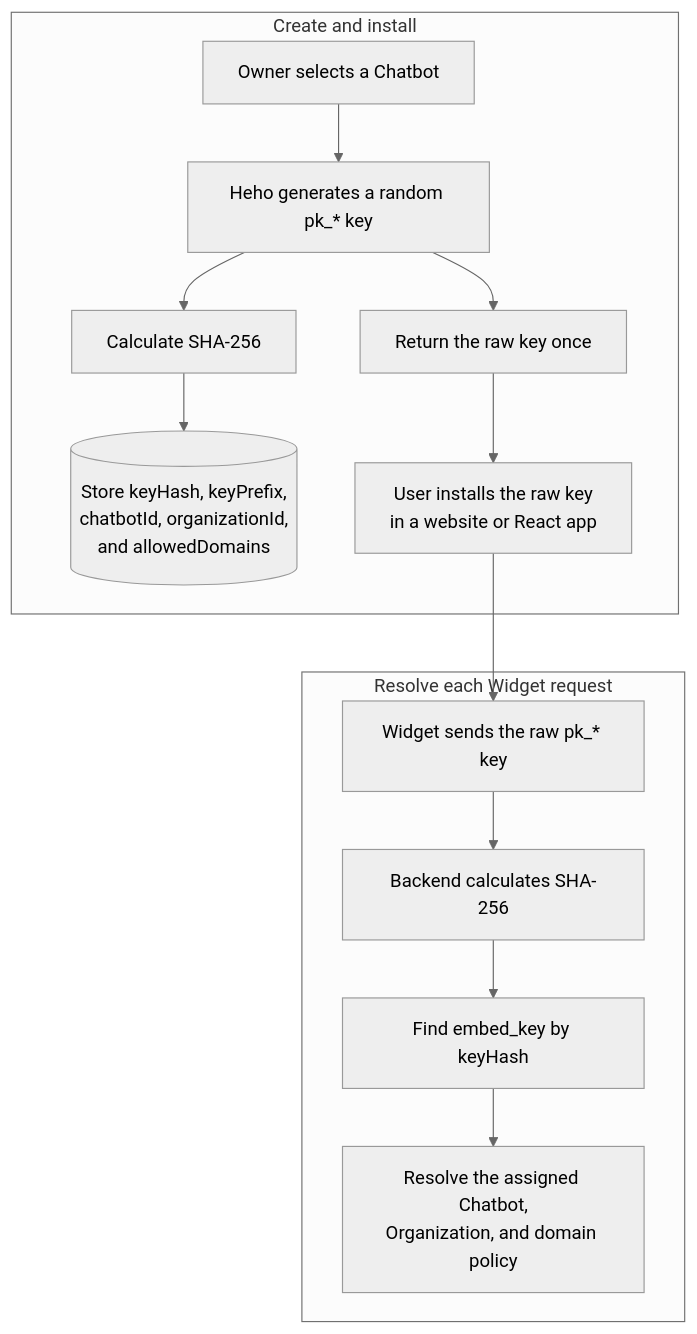
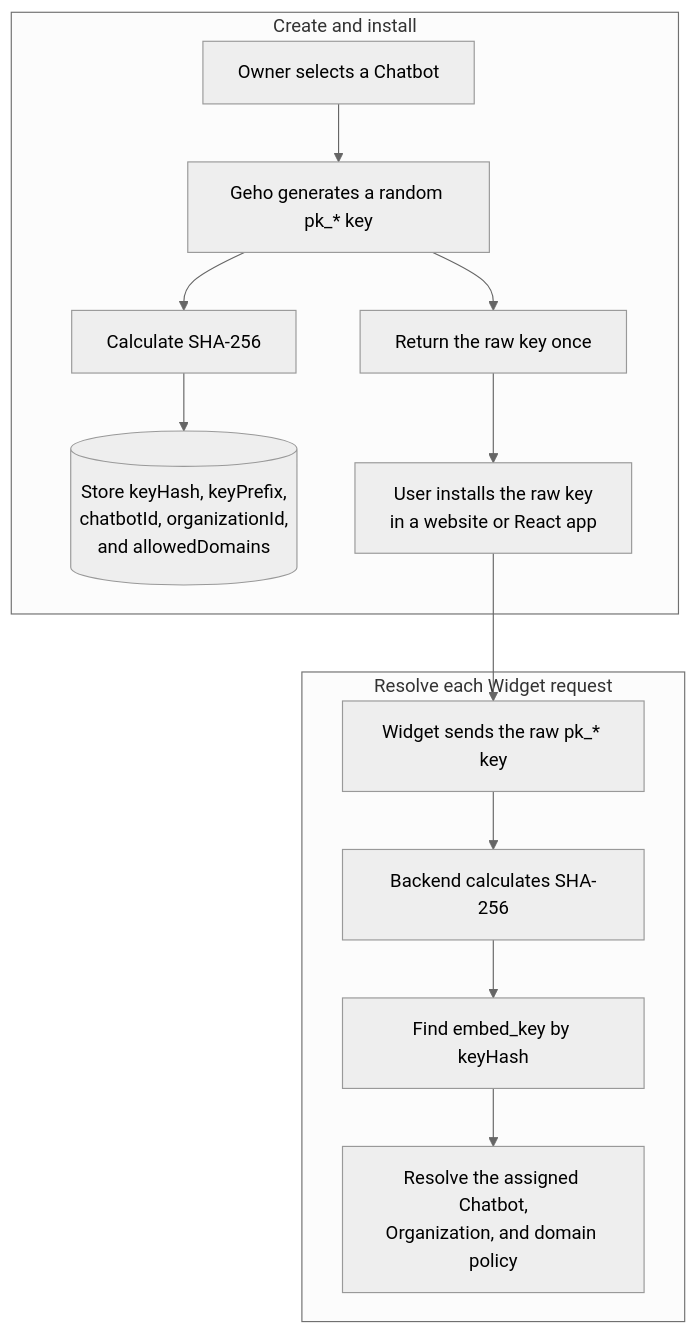
Before and after one commit to yzy98/geho: the first of 2 diagrams in README.md, drawn with Mermaid (neutral theme). The commit also changed other lines of this file and 118 other files, not shown here.

Commit message:
chore: rename project from Heho to Geho

````diff
--- a/README.md
+++ b/README.md
@@ -276,18 +276,18 @@
 ```mermaid
 flowchart TD
   subgraph Creation["Create and install"]
-    A[Owner selects a Chatbot] --> B[Heho generates a random pk_* key]
+    A[Owner selects a Chatbot] --> B[Geho generates a random pk_* key]
     B --> C[Calculate SHA-256]
     C --> D[(Store keyHash, keyPrefix,<br/>chatbotId, organizationId,<br/>and allowedDomains)]
     B --> E[Return the raw key once]
     E --> F[User installs the raw key<br/>in a website or React app]
   end
 
   subgraph Resolution["Resolve each Widget request"]
     G[Widget sends the raw pk_* key] --> H[Backend calculates SHA-256]
     H --> I[Find embed_key by keyHash]
     I --> J[Resolve the assigned Chatbot,<br/>Organization, and domain policy]
   end
 
   F --> G
 ```
````
